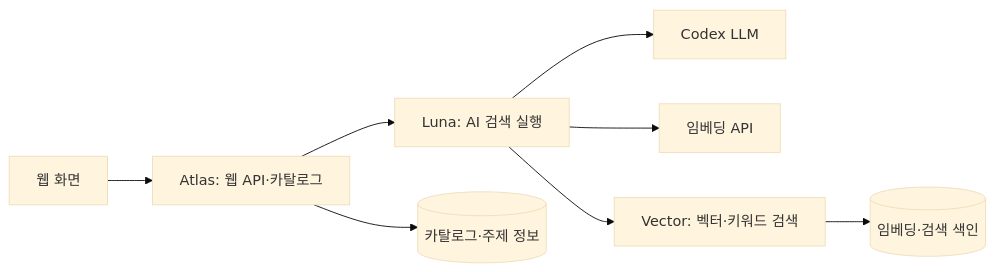
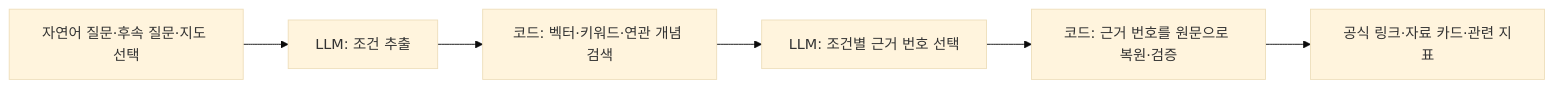
One commit to ManziGit/Dataieum changed the diagram in README.md. Above: the diagram before and after it, drawn with Mermaid (base theme). The commit also changed other lines of this file, not shown here.

````diff
--- a/README.md
+++ b/README.md
@@ -66,10 +159,8 @@
 ```mermaid
 flowchart LR
-    UI[웹 화면] --> Atlas[Atlas: 웹 API·카탈로그]
-    Atlas --> Luna[Luna: AI 검색 실행]
-    Luna --> LLM[Codex LLM]
-    Luna --> Embed[임베딩 API]
-    Luna --> Vector[Vector: 벡터·키워드 검색]
-    Atlas --> Catalog[(카탈로그·주제 정보)]
-    Vector --> Index[(임베딩·검색 색인)]
+    A[자연어 질문·후속 질문·지도 선택] --> B[LLM: 조건 추출]
+    B --> C[코드: 벡터·키워드·연관 개념 검색]
+    C --> D[LLM: 조건별 근거 번호 선택]
+    D --> E[코드: 근거 번호를 원문으로 복원·검증]
+    E --> F[공식 링크·자료 카드·관련 지표]
 ```
````
